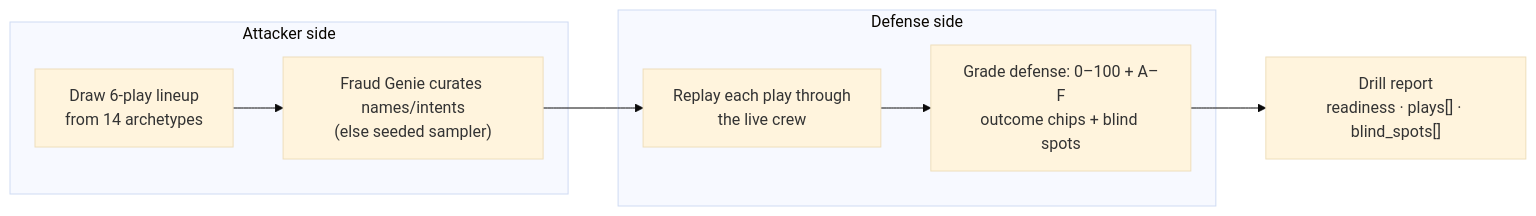
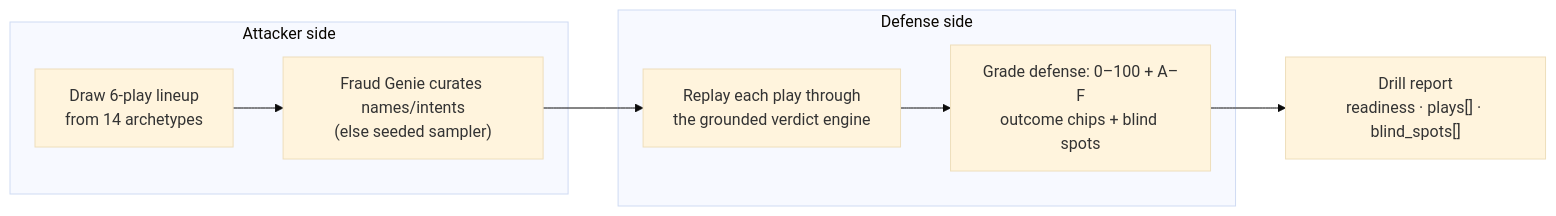
The sixth of 6 diagrams in README.md (yahiaongh/aegistel-mena-ignite), drawn with Mermaid (base theme) before and after one commit. The commit also changed 1 other file, not shown here.

Commit message:
docs: reflect deterministic drill engine and observed Render ~90s proxy cap

````diff
--- a/README.md
+++ b/README.md
@@ -246,15 +246,15 @@
 ```mermaid
 flowchart LR
     subgraph ATK["Attacker side"]
         LINEUP["Draw 6-play lineup<br/>from 14 archetypes"]
         GENIE["Fraud Genie curates names/intents<br/>(else seeded sampler)"]
     end
 
     subgraph DEF["Defense side"]
-        RUN["Replay each play through<br/>the live crew"]
+        RUN["Replay each play through<br/>the grounded verdict engine"]
         GRADE["Grade defense: 0–100 + A–F<br/>outcome chips + blind spots"]
     end
 
     LINEUP --> GENIE --> RUN --> GRADE
     GRADE --> REPORT["Drill report<br/>readiness · plays[] · blind_spots[]"]
 ```
````
